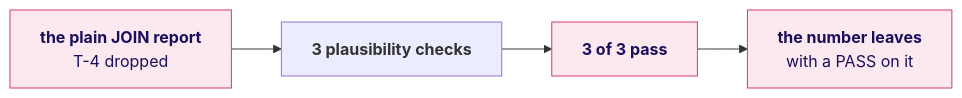
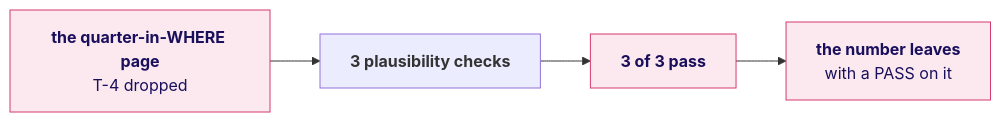
One commit to fde-academy-lab/c2-content-factory changed the second of 7 diagrams in content/W02/D2/slides/C2_W02_D02_half2_STUDENT.md. Above: the diagram before and after it, drawn with Mermaid. The commit also changed other lines of this file and 12 other files, not shown here.

````diff
--- a/content/W02/D2/slides/C2_W02_D02_half2_STUDENT.md
+++ b/content/W02/D2/slides/C2_W02_D02_half2_STUDENT.md
@@ -182,8 +202,8 @@
 ```mermaid
 flowchart LR
-    R["<b>the plain JOIN report</b><br/>T-4 dropped"] --> C["<b>3 plausibility checks</b>"]
+    R["<b>the quarter-in-WHERE page</b><br/>T-4 dropped"] --> C["<b>3 plausibility checks</b>"]
     C --> P["<b>3 of 3 pass</b>"]
     P --> L["<b>the number leaves</b><br/>with a PASS on it"]
     classDef bad fill:#FBE9EF,stroke:#D63A6A,color:#1A0F5C
     class R,P,L bad
 ```
````
